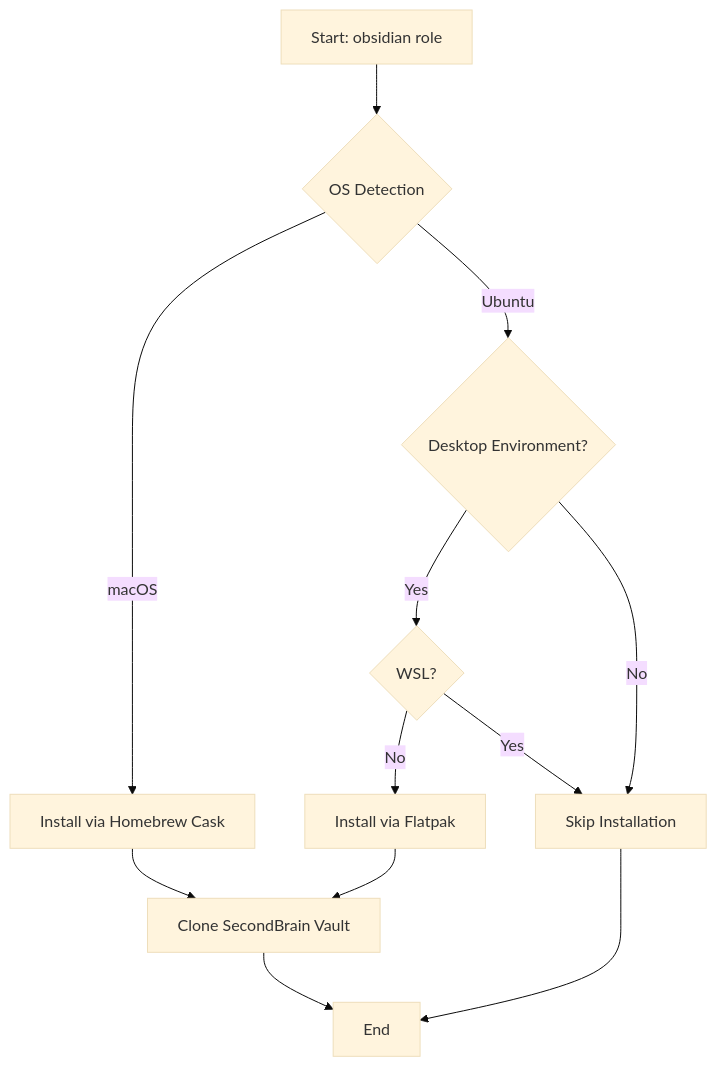
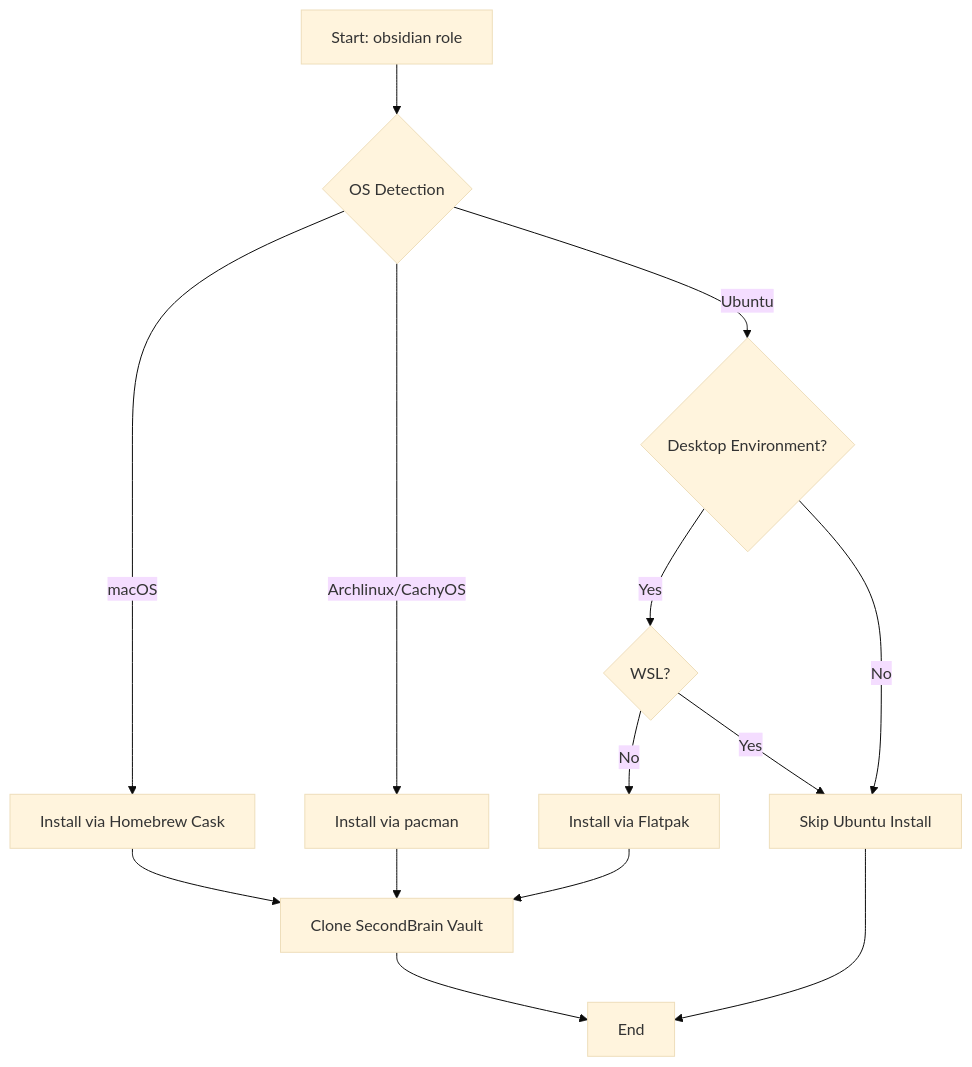
Before and after one commit to uarslandev/infra: the diagram in dotfiles/roles/obsidian/README.md, drawn with Mermaid (base theme). The commit also changed other lines of this file and 127 other files, not shown here.

First line of the commit message:
CachyOS Plasma desktop bootstrap (#154)

````diff
--- a/dotfiles/roles/obsidian/README.md
+++ b/dotfiles/roles/obsidian/README.md
@@ -59,14 +65,16 @@
 ```mermaid
 graph TD
     A[Start: obsidian role] --> B{OS Detection}
     B -->|macOS| C[Install via Homebrew Cask]
-    B -->|Ubuntu| D{Desktop Environment?}
-    D -->|Yes| E{WSL?}
-    D -->|No| F[Skip Installation]
-    E -->|No| G[Install via Flatpak]
-    E -->|Yes| F
-    C --> H[Clone SecondBrain Vault]
-    G --> H
-    H --> I[End]
-    F --> I
+    B -->|Archlinux/CachyOS| D[Install via pacman]
+    B -->|Ubuntu| E{Desktop Environment?}
+    E -->|Yes| F{WSL?}
+    E -->|No| G[Skip Ubuntu Install]
+    F -->|No| H[Install via Flatpak]
+    F -->|Yes| G
+    C --> I[Clone SecondBrain Vault]
+    D --> I
+    H --> I
+    I --> J[End]
+    G --> J
 ```
````
